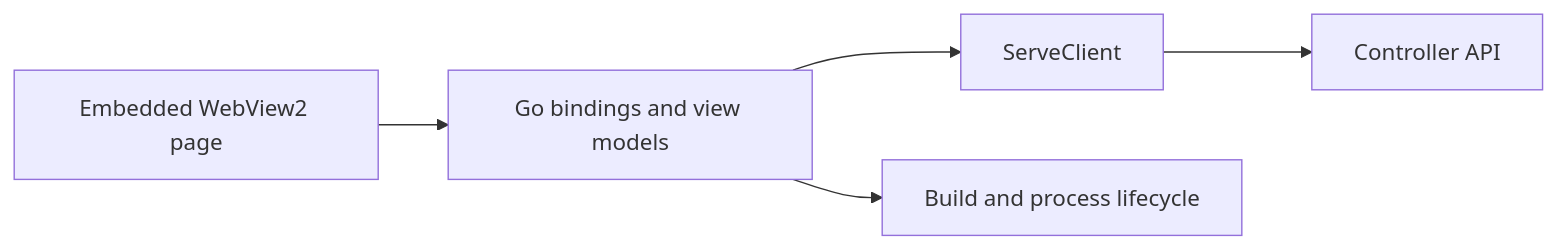
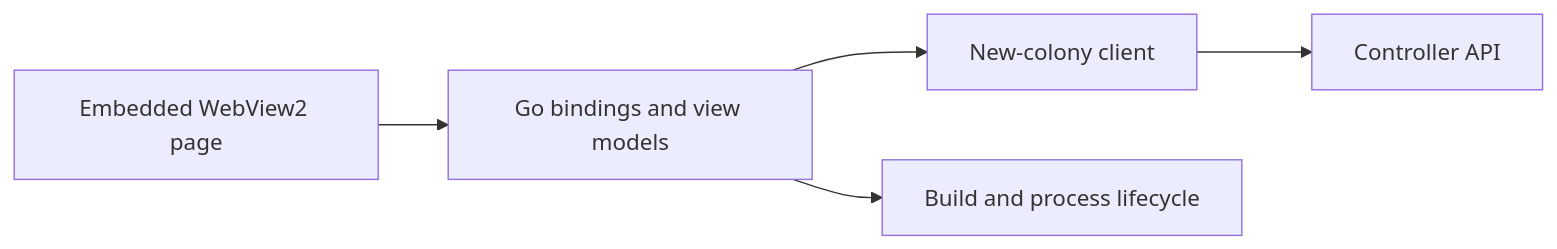
One commit to davidarcher/rimgovernor changed the diagram in docs/developers/architecture/launcher.md. Above: the diagram before and after it, drawn with Mermaid. The commit also changed other lines of this file and 33 other files, not shown here.

````diff
--- a/docs/developers/architecture/launcher.md
+++ b/docs/developers/architecture/launcher.md
@@ -11,7 +11,7 @@
 ```mermaid
 flowchart LR
     UI[Embedded WebView2 page] --> Bind[Go bindings and view models]
-    Bind --> Client[ServeClient]
-    Client --> API[Controller API]
+    Bind --> Colony[New-colony client]
+    Colony --> API[Controller API]
     Bind --> Process[Build and process lifecycle]
 ```
````
